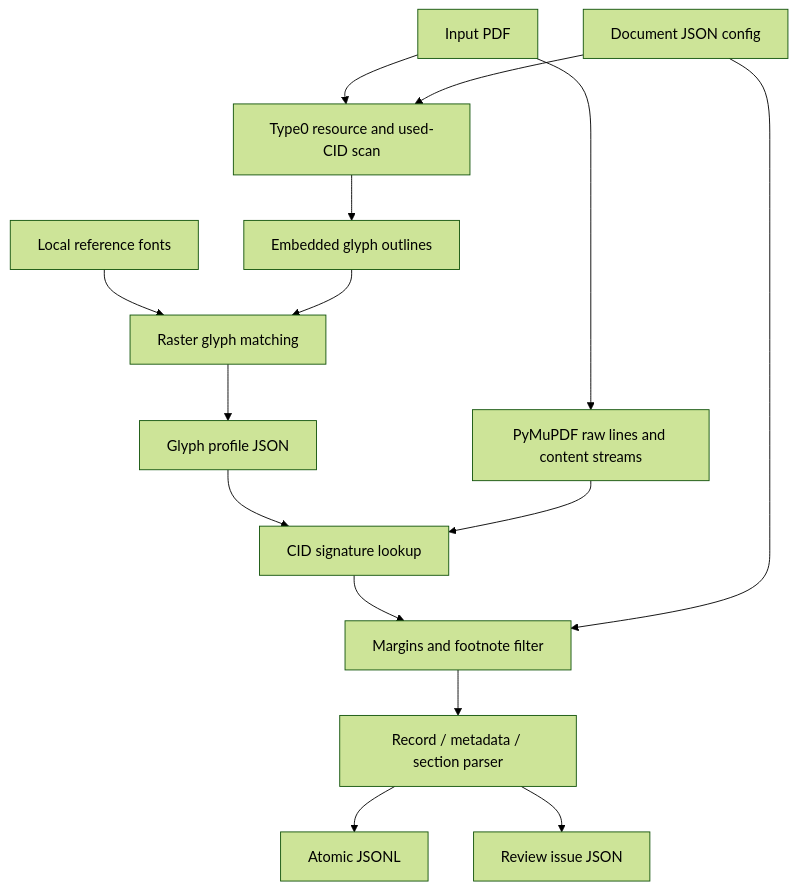
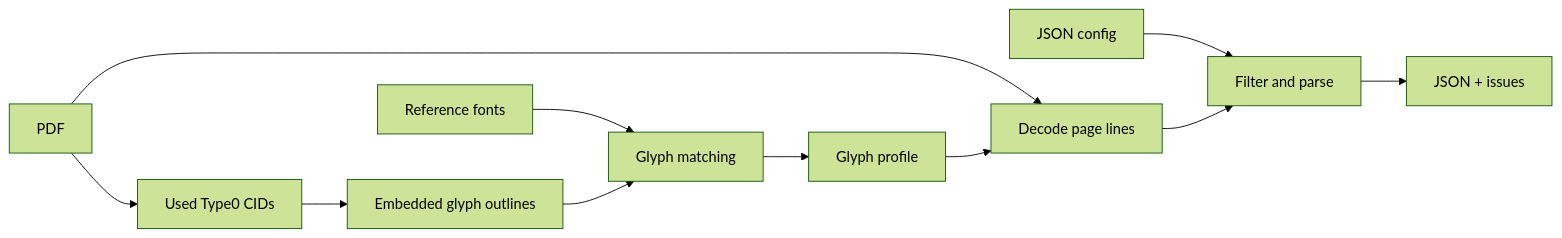
Before and after one commit to VongHaiYen11/SinoNom-Annotation: the diagram in README.md, drawn with Mermaid (forest theme). The commit also changed other lines of this file and 9 other files, not shown here.

First line of the commit message:
Refactor output format from JSONL to compact JSON; update related configurations and tests

````diff
--- a/README.md
+++ b/README.md
@@ -91,14 +44,11 @@
 ```mermaid
-flowchart TD
-    PDF[Input PDF] --> Scan[Type0 resource and used-CID scan]
-    Config[Document JSON config] --> Scan
-    Scan --> Outline[Embedded glyph outlines]
-    Ref[Local reference fonts] --> Match[Raster glyph matching]
-    Outline --> Match --> Profile[Glyph profile JSON]
-    PDF --> Raw[PyMuPDF raw lines and content streams]
-    Profile --> Decode[CID signature lookup]
-    Raw --> Decode --> Filter[Margins and footnote filter]
-    Config --> Filter --> Parse[Record / metadata / section parser]
-    Parse --> JSONL[Atomic JSONL]
-    Parse --> Issues[Review issue JSON]
+flowchart LR
+    PDF[PDF] --> CID[Used Type0 CIDs]
+    CID --> Outline[Embedded glyph outlines]
+    Ref[Reference fonts] --> Match[Glyph matching]
+    Outline --> Match --> Profile[Glyph profile]
+    PDF --> Decode[Decode page lines]
+    Profile --> Decode
+    Config[JSON config] --> Parse[Filter and parse]
+    Decode --> Parse --> Output[JSON + issues]
 ```
````
